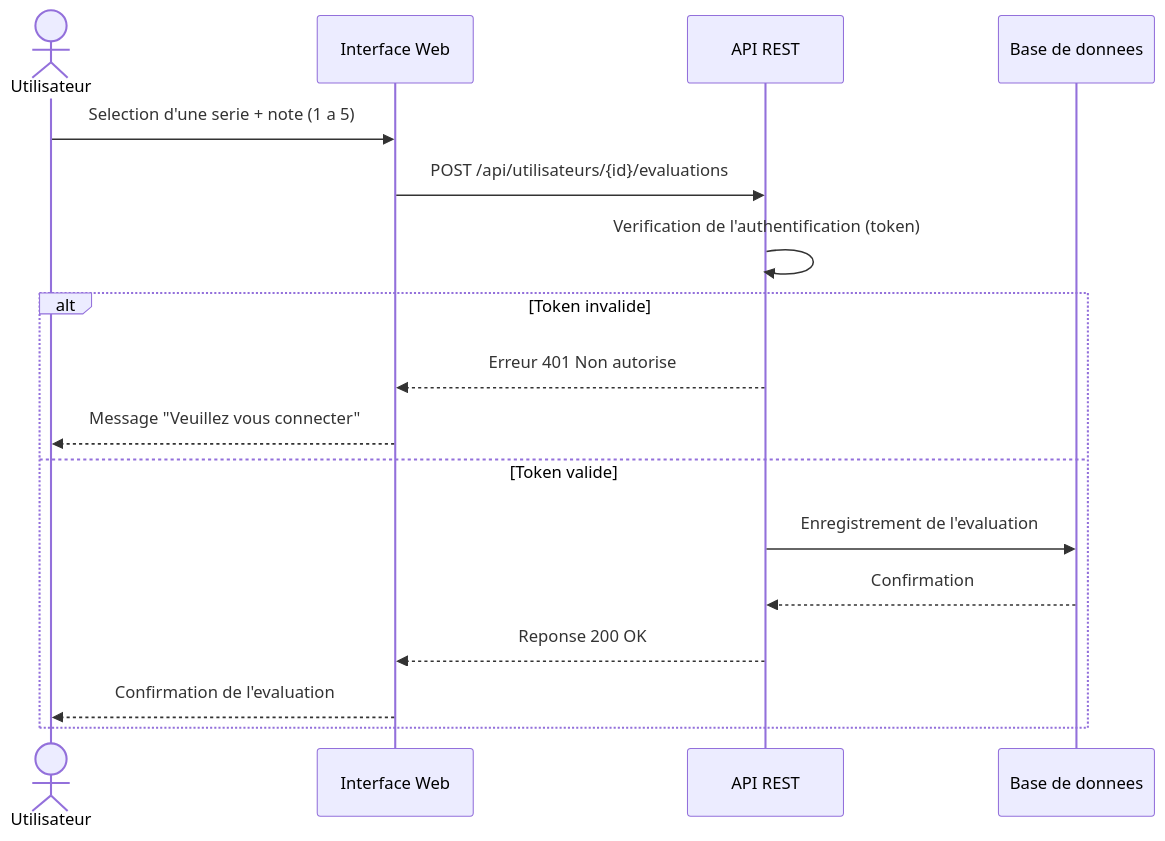
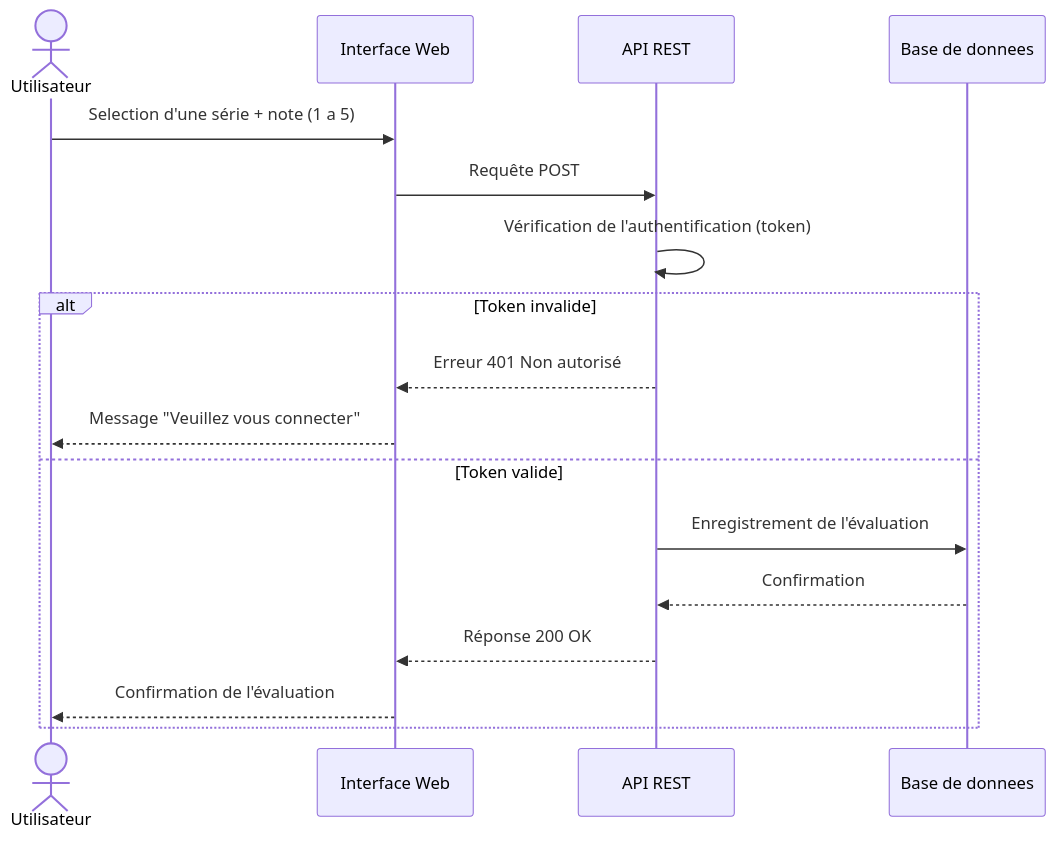
The diagram in Diagrammes/src/DiagSequenceNoterSeries.mmd (yeadonaye/S5.C.01), drawn with Mermaid before and after one commit. The commit also changed 6 other files, not shown here.

Commit message:
fix: debut des corrections des diagrammes

```diff
--- a/Diagrammes/src/DiagSequenceNoterSeries.mmd
+++ b/Diagrammes/src/DiagSequenceNoterSeries.mmd
@@ -1,18 +1,18 @@
 sequenceDiagram
     actor U as Utilisateur
     participant W as Interface Web
     participant A as API REST
     participant D as Base de donnees
 
-    U->>W: Selection d'une serie + note (1 a 5)
-    W->>A: POST /api/utilisateurs/{id}/evaluations
-    A->>A: Verification de l'authentification (token)
+    U->>W: Selection d'une série + note (1 a 5)
+    W->>A: Requête POST
+    A->>A: Vérification de l'authentification (token)
     alt Token invalide
-        A-->>W: Erreur 401 Non autorise
+        A-->>W: Erreur 401 Non autorisé
         W-->>U: Message "Veuillez vous connecter"
     else Token valide
-        A->>D: Enregistrement de l'evaluation
+        A->>D: Enregistrement de l'évaluation
         D-->>A: Confirmation
-        A-->>W: Reponse 200 OK
-        W-->>U: Confirmation de l'evaluation
+        A-->>W: Réponse 200 OK
+        W-->>U: Confirmation de l'évaluation
     end
```
